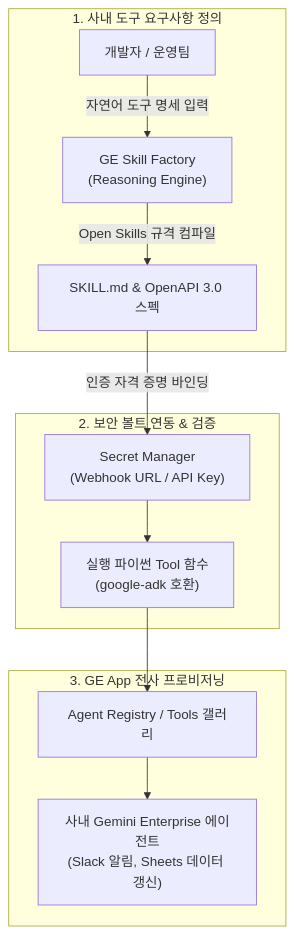
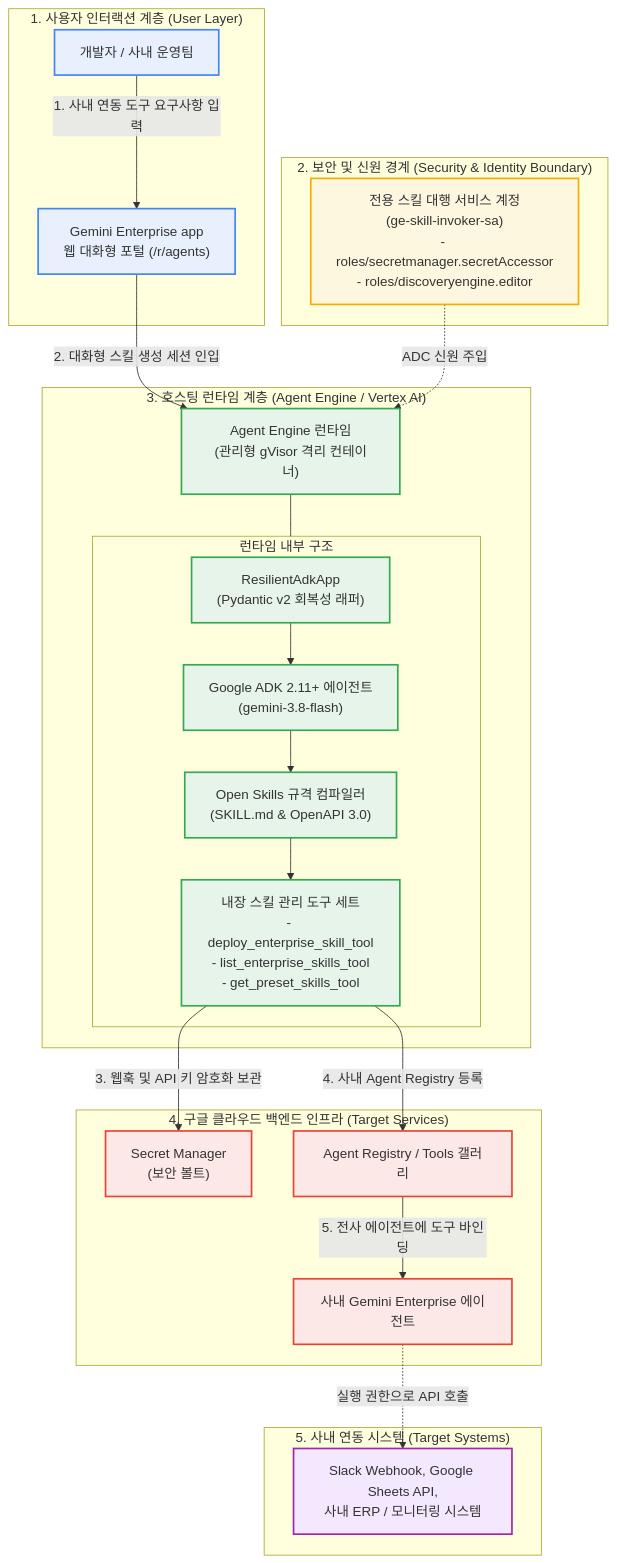
Before and after one commit to jiangjun-forge/google-cloud-0-to-1: the diagram in samples/gemini-enterprise-copilot-skill/README.md, drawn with Mermaid. The commit also changed other lines of this file and 4 other files, not shown here.

Commit message:
Update solution diagrams

````diff
--- a/samples/gemini-enterprise-copilot-skill/README.md
+++ b/samples/gemini-enterprise-copilot-skill/README.md
@@ -87,17 +87,48 @@
 ```mermaid
 flowchart TB
-    subgraph Request["1. 사내 도구 요구사항 정의"]
-        Developer["개발자 / 운영팀"] -->|"자연어 도구 명세 입력"| SkillFactory["GE Skill Factory<br/>(Reasoning Engine)"]
-        SkillFactory -->|"Open Skills 규격 컴파일"| Spec["SKILL.md & OpenAPI 3.0 스펙"]
+    subgraph Client["1. 사용자 인터랙션 계층 (User Layer)"]
+        Developer["개발자 / 사내 운영팀"] -->|"1. 사내 연동 도구 요구사항 입력"| GEApp["Gemini Enterprise app<br/>웹 대화형 포털 (/r/agents)"]
     end
 
-    subgraph Auth["2. 보안 볼트 연동 & 검증"]
-        Spec -->|"인증 자격 증명 바인딩"| Vault["Secret Manager<br/>(Webhook URL / API Key)"]
-        Vault --> ToolFunc["실행 파이썬 Tool 함수<br/>(google-adk 호환)"]
+    subgraph Security["2. 보안 및 신원 경계 (Security & Identity Boundary)"]
+        SA["전용 스킬 대행 서비스 계정<br/>(ge-skill-invoker-sa)<br/>- roles/secretmanager.secretAccessor<br/>- roles/discoveryengine.editor"]
     end
 
-    subgraph Deploy["3. GE App 전사 프로비저닝"]
-        ToolFunc --> Registry["Agent Registry / Tools 갤러리"]
-        Registry --> Agents["사내 Gemini Enterprise 에이전트<br/>(Slack 알림, Sheets 데이터 갱신)"]
+    subgraph Runtime["3. 호스팅 런타임 계층 (Agent Engine / Vertex AI)"]
+        GEApp -->|"2. 대화형 스킬 생성 세션 인입"| Engine["Agent Engine 런타임<br/>(관리형 gVisor 격리 컨테이너)"]
+        
+        subgraph InsideEngine["런타임 내부 구조"]
+            Wrapper["ResilientAdkApp<br/>(Pydantic v2 회복성 래퍼)"]
+            ADK["Google ADK 2.11+ 에이전트<br/>(gemini-3.8-flash)"]
+            Compiler["Open Skills 규격 컴파일러<br/>(SKILL.md & OpenAPI 3.0)"]
+            Tools["내장 스킬 관리 도구 세트<br/>- deploy_enterprise_skill_tool<br/>- list_enterprise_skills_tool<br/>- get_preset_skills_tool"]
+            Wrapper --> ADK --> Compiler --> Tools
+        end
+        Engine --- InsideEngine
     end
+
+    subgraph Backend["4. 구글 클라우드 백엔드 인프라 (Target Services)"]
+        Tools -->|"3. 웹훅 및 API 키 암호화 보관"| Vault["Secret Manager<br/>(보안 볼트)"]
+        Tools -->|"4. 사내 Agent Registry 등록"| Registry["Agent Registry / Tools 갤러리"]
+        Registry -->|"5. 전사 에이전트에 도구 바인딩"| TargetAgents["사내 Gemini Enterprise 에이전트"]
+    end
+
+    subgraph Systems["5. 사내 연동 시스템 (Target Systems)"]
+        ExternalSystems["Slack Webhook, Google Sheets API,<br/>사내 ERP / 모니터링 시스템"]
+        TargetAgents -.->|"실행 권한으로 API 호출"| ExternalSystems
+    end
+
+    SA -.->|"ADC 신원 주입"| Engine
+
+    classDef portal fill:#e8f0fe,stroke:#4285f4,stroke-width:2px;
+    classDef security fill:#fef7e0,stroke:#f9ab00,stroke-width:2px;
+    classDef runtime fill:#e6f4ea,stroke:#34a853,stroke-width:2px;
+    classDef backend fill:#fce8e6,stroke:#ea4335,stroke-width:2px;
+    classDef system fill:#f3e8fd,stroke:#9c27b0,stroke-width:2px;
+
+    class Developer,GEApp portal;
+    class SA security;
+    class Engine,Wrapper,ADK,Compiler,Tools runtime;
+    class Vault,Registry,TargetAgents backend;
+    class ExternalSystems system;
 ```
````
